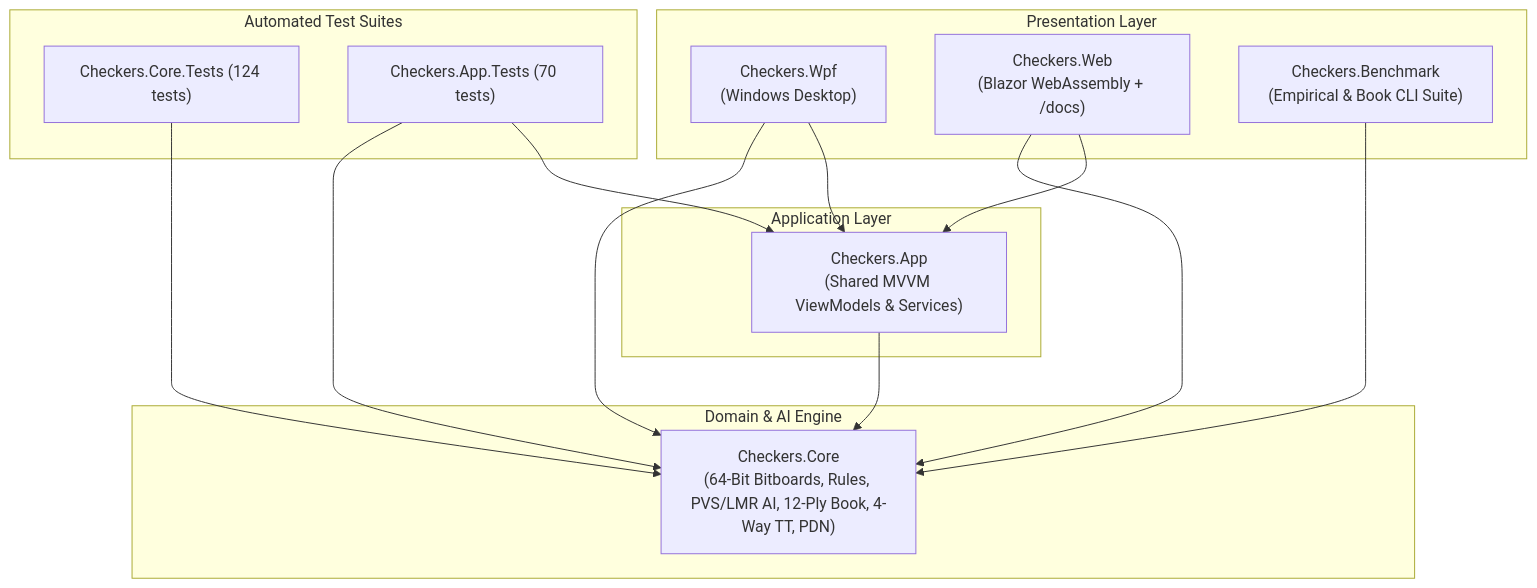
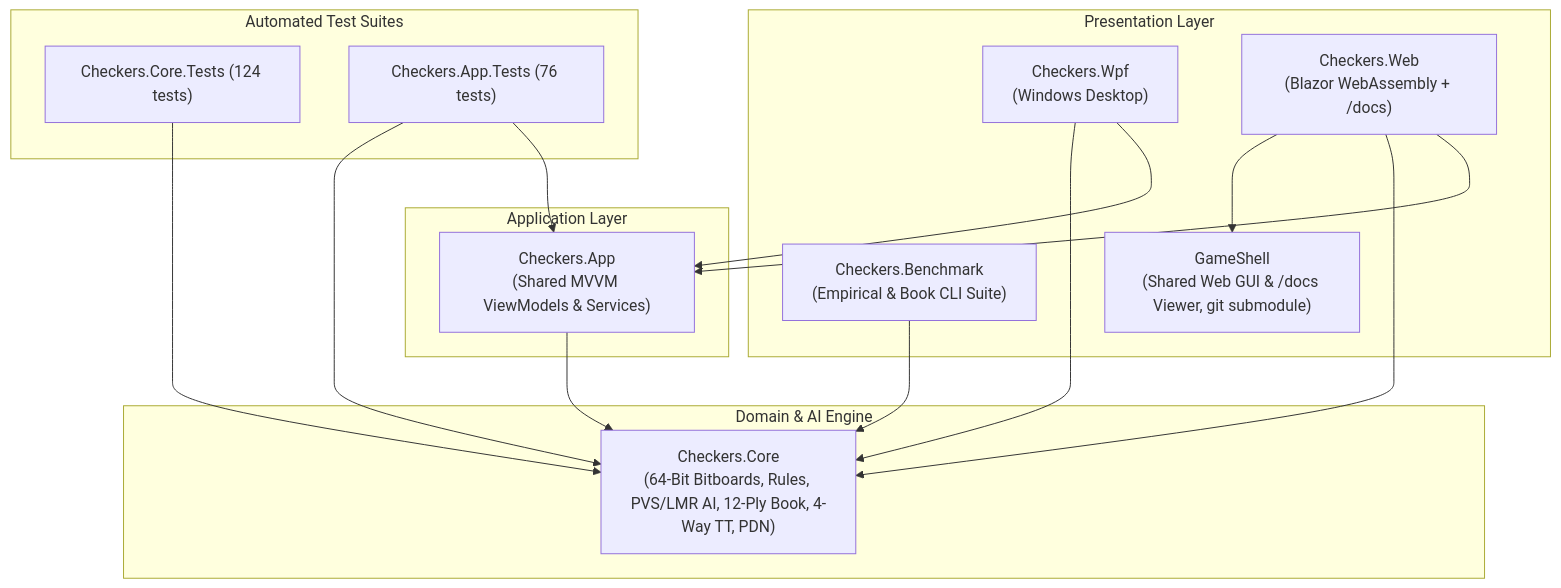
One commit to cjp-dev/Checkers changed the first of 2 diagrams in docs/brain/01-overview.md. Above: the diagram before and after it, drawn with Mermaid. The commit also changed other lines of this file and 21 other files, not shown here.

First line of the commit message:
Refresh docs for the GameShell GUI and recent fixes

````diff
--- a/docs/brain/01-overview.md
+++ b/docs/brain/01-overview.md
@@ -25,31 +25,33 @@
 ```mermaid
 flowchart TD
     subgraph Presentation ["Presentation Layer"]
         WPF["Checkers.Wpf<br/>(Windows Desktop)"]
         Web["Checkers.Web<br/>(Blazor WebAssembly + /docs)"]
         CLI["Checkers.Benchmark<br/>(Empirical &amp; Book CLI Suite)"]
+        Shell["GameShell<br/>(Shared Web GUI &amp; /docs Viewer, git submodule)"]
     end
 
     subgraph Application ["Application Layer"]
         App["Checkers.App<br/>(Shared MVVM ViewModels &amp; Services)"]
     end
 
     subgraph Domain ["Domain &amp; AI Engine"]
         Core["Checkers.Core<br/>(64-Bit Bitboards, Rules, PVS/LMR AI, 12-Ply Book, 4-Way TT, PDN)"]
     end
 
     subgraph Verification ["Automated Test Suites"]
         CoreTests["Checkers.Core.Tests (124 tests)"]
-        AppTests["Checkers.App.Tests (70 tests)"]
+        AppTests["Checkers.App.Tests (76 tests)"]
     end
 
     WPF --> App
     Web --> App
     App --> Core
     WPF --> Core
     Web --> Core
+    Web --> Shell
     CLI --> Core
     CoreTests --> Core
     AppTests --> App
     AppTests --> Core
 ```
````
